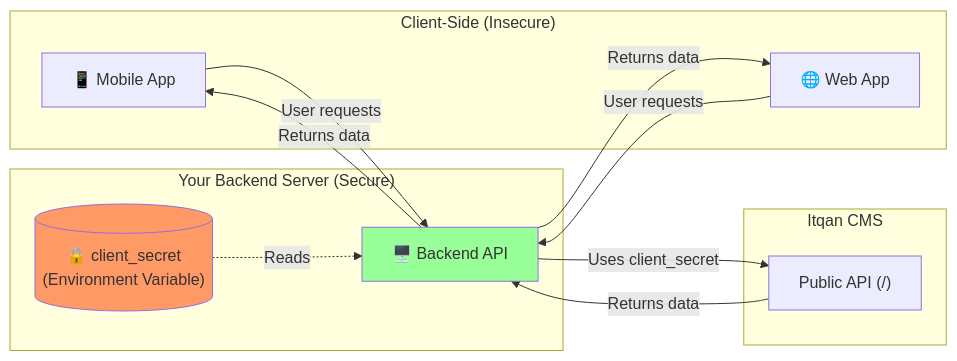
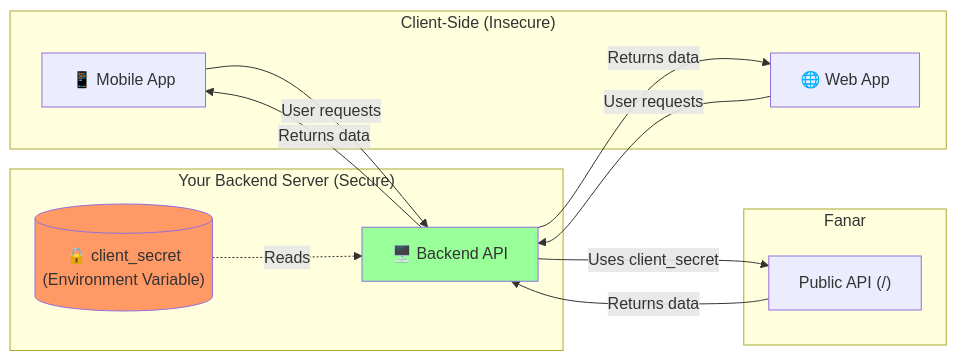
One commit to Itqan-community/cms-backend changed the seventh of 8 diagrams in docs/AUTHENTICATION.md. Above: the diagram before and after it, drawn with Mermaid. The commit also changed other lines of this file and 6 other files, not shown here.

Commit message:
docs(brand): rename product to Fanar in project docs and list fanar.itqan.dev

````diff
--- a/docs/AUTHENTICATION.md
+++ b/docs/AUTHENTICATION.md
@@ -283,25 +283,25 @@
 ```mermaid
 flowchart LR
     subgraph Client["Client-Side (Insecure)"]
         Mobile["📱 Mobile App"]
         Web["🌐 Web App"]
     end
 
     subgraph Backend["Your Backend Server (Secure)"]
         Server["🖥️ Backend API"]
         Secrets[("🔒 client_secret<br/>(Environment Variable)")]
     end
 
-    subgraph Itqan["Itqan CMS"]
+    subgraph Itqan["Fanar"]
         DevAPI["Public API (/)"]
     end
 
     Mobile & Web -->|"User requests"| Server
     Server -->|"Uses client_secret"| DevAPI
     Secrets -.->|"Reads"| Server
     DevAPI -->|"Returns data"| Server
     Server -->|"Returns data"| Mobile & Web
 
     style Secrets fill:#f96
     style Server fill:#9f9
 ```
````
